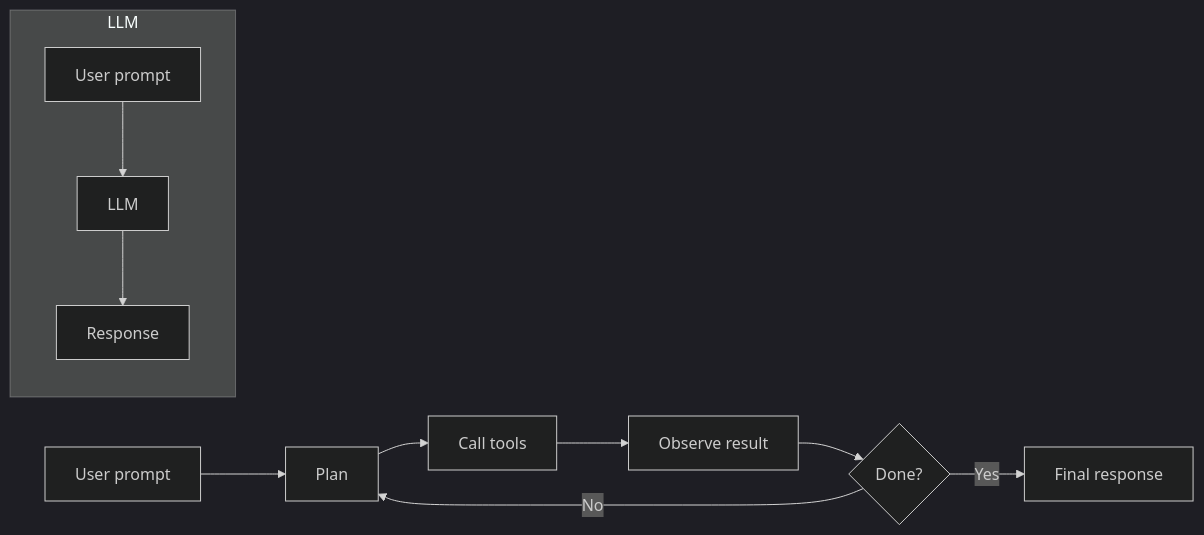
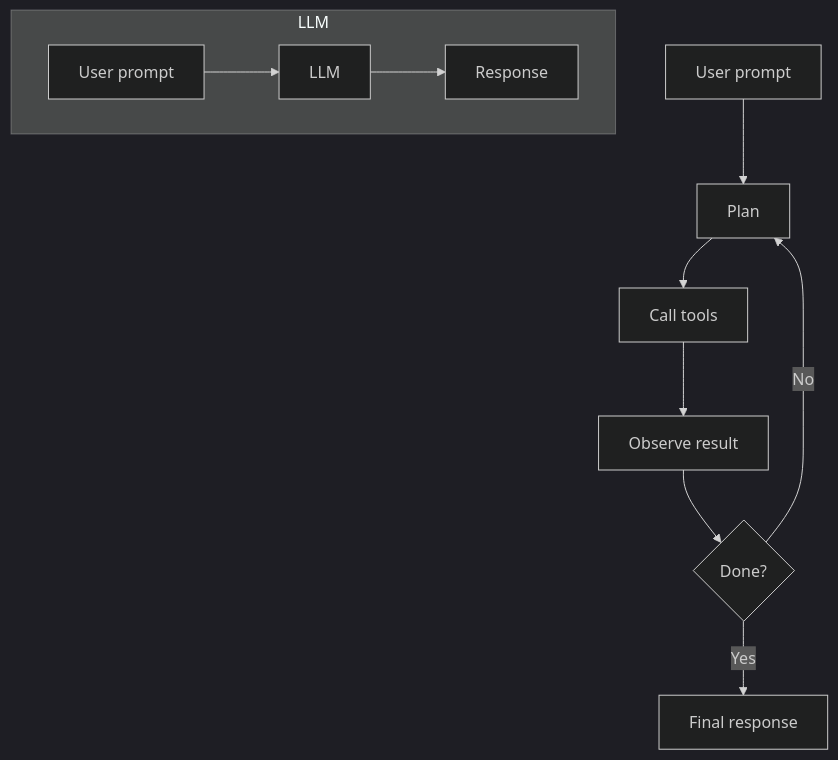
One commit to jpraychev/youtube changed the third of 6 diagrams in 001/README.md. Above: the diagram before and after it, drawn with Mermaid (dark theme).

````diff
--- a/001/README.md
+++ b/001/README.md
@@ -90,14 +90,14 @@
 ```mermaid
-flowchart LR
+flowchart TD
     subgraph LLM
         P1[User prompt] --> P2[LLM]
         P2 --> P3[Response]
     end
 
     A1[User prompt] --> A2[Plan]
     A2 --> A3[Call tools]
     A3 --> A4[Observe result]
     A4 --> A5{Done?}
     A5 -->|No| A2
     A5 -->|Yes| A6[Final response]
 ```
````
